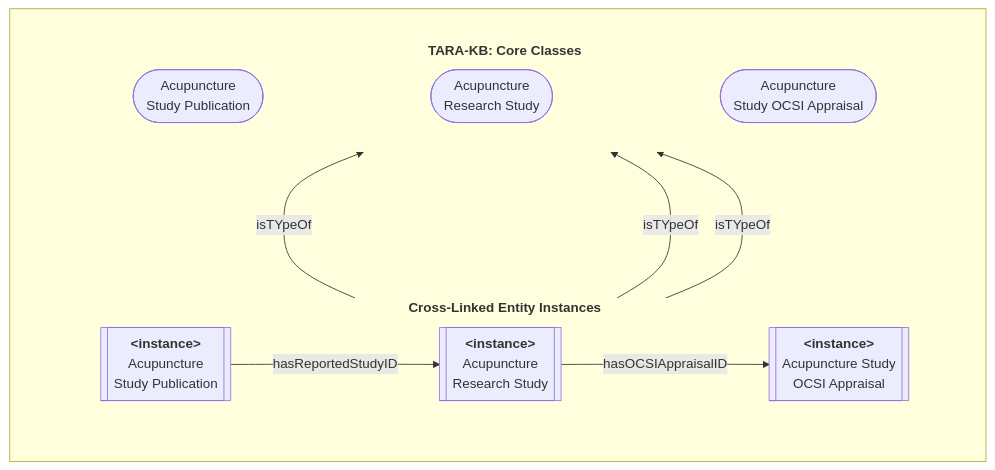
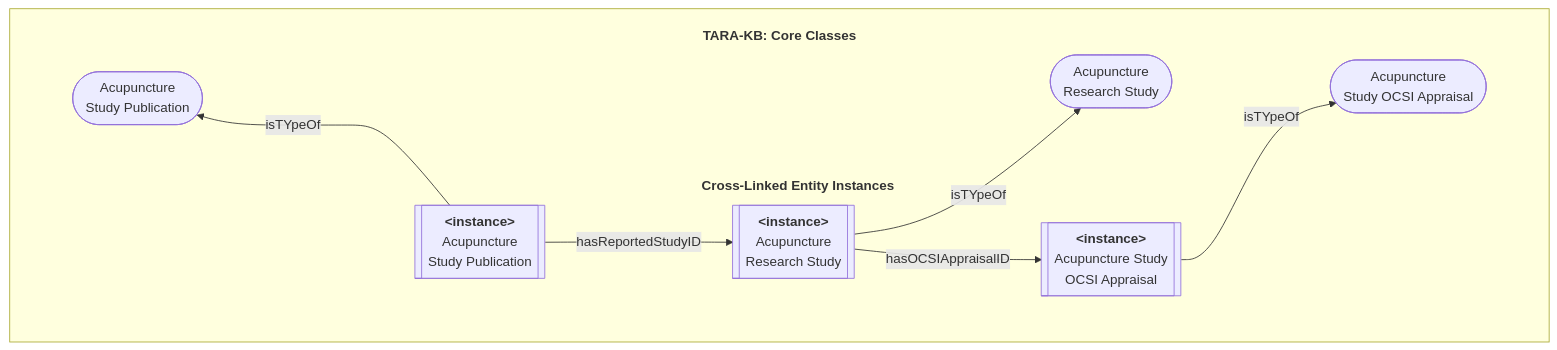
Before and after one commit to smtifahim/TARA-Ontology-Repository: the second of 6 diagrams in ontology-files/base/articles-kb/articles-kb-core/README.md, drawn with Mermaid.

````diff
--- a/ontology-files/base/articles-kb/articles-kb-core/README.md
+++ b/ontology-files/base/articles-kb/articles-kb-core/README.md
@@ -44,43 +44,39 @@
 ```mermaid
 flowchart TB
-    %% 1. Apply styles for the subgraphs
+    %% 1. Style definitions for subgraphs
     style INSTANCES stroke:transparent
     style CLASSES stroke:#0000,stroke-width:0px
-
-    %% 2. Missing class definition for the 'field' style used in your code
     %% classDef field fill:#f9f9f9,stroke:#333,stroke-width:1px;
 
     subgraph Class_Instance[" "]
-        direction TB
-
-        %% 3. Define the INSTANCES subgraph and its internal nodes/edges first
+        
+        %% 2. INSTANCES Group (Forced horizontal using standard layout constraints)
         subgraph INSTANCES["<b>Cross-Linked Entity Instances</b>"]
-            direction LR
             PUB_ENT[["<b>&lt;instance&gt;</b><br>Acupuncture<br>Study Publication"]]
             STUDY_ENT[["<b>&lt;instance&gt;</b><br>Acupuncture<br>Research Study"]]
             OCSI_ENT[["<b>&lt;instance&gt;</b><br>Acupuncture Study<br>OCSI Appraisal"]]
             
+            %% Connections keep these horizontal naturally
             PUB_ENT -- hasReportedStudyID --> STUDY_ENT
             STUDY_ENT -- hasOCSIAppraisalID --> OCSI_ENT
         end
 
-        %% 4. Define the CLASSES subgraph and its internal nodes/spacing next
+        %% 3. CLASSES Group (Forced horizontal using invisible ties)
         subgraph CLASSES["<b>TARA-KB: Core Classes</b>"]
-            direction LR
             PubClass(["Acupuncture<br>Study Publication"])
             StudyClass(["Acupuncture<br>Research Study"])
             OCSIClass(["Acupuncture<br>Study OCSI Appraisal"])
             
-            PubClass ~~~~ StudyClass
-            StudyClass ~~~~ OCSIClass
+            %% Multi-dash links force horizontal alignment in a TB chart
+            PubClass ~~~ StudyClass ~~~ OCSIClass
         end
 
-        %% 5. Structural spacing between the two main subgraph containers
+        %% 4. Push the CLASSES container directly above the INSTANCES container
         CLASSES ~~~~ INSTANCES
 
-        %% 6. CRITICAL FIX: Cross-subgraph connections must go at the very bottom
+        %% 5. CROSS-CONNECTORS: These will now anchor beautifully to the actual nodes
         PUB_ENT -- isTYpeOf --> PubClass
         STUDY_ENT -- isTYpeOf --> StudyClass
         OCSI_ENT -- isTYpeOf --> OCSIClass
     end
 ```
````
